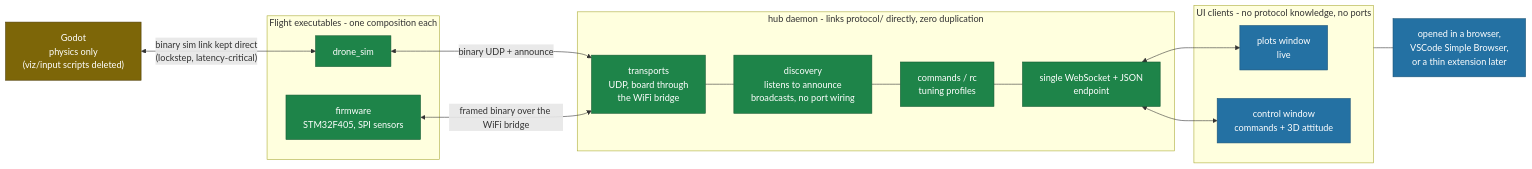
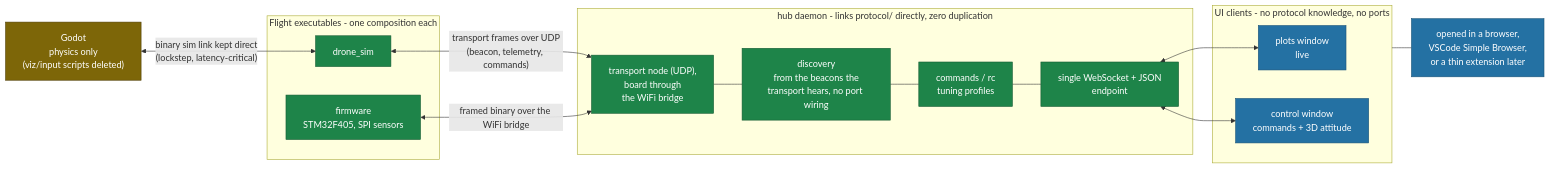
One commit to Keyrim/drone-mark4 changed the diagram in docs/tooling-architecture.md. Above: the diagram before and after it, drawn with Mermaid. The commit also changed other lines of this file and 10 other files, not shown here.

````diff
--- a/docs/tooling-architecture.md
+++ b/docs/tooling-architecture.md
@@ -24,38 +24,38 @@
 ```mermaid
 flowchart LR
     subgraph flight["Flight executables - one composition each"]
         FW["firmware<br/>STM32F405, SPI sensors"]
         DS["drone_sim"]
     end
 
     GODOT["Godot<br/>physics only<br/>(viz/input scripts deleted)"]
 
     subgraph hub["hub daemon - links protocol/ directly, zero duplication"]
-        TR["transports<br/>UDP, board through<br/>the WiFi bridge"]
-        DISC["discovery<br/>listens to announce<br/>broadcasts, no port wiring"]
+        TR["transport node (UDP),<br/>board through<br/>the WiFi bridge"]
+        DISC["discovery<br/>from the beacons the<br/>transport hears, no port wiring"]
         SVC["commands / rc<br/>tuning profiles"]
         WS["single WebSocket + JSON<br/>endpoint"]
         TR --- DISC --- SVC --- WS
     end
 
     subgraph ui["UI clients - no protocol knowledge, no ports"]
         P1["plots window<br/>live"]
         P2["control window<br/>commands + 3D attitude"]
     end
 
     BROWSER["opened in a browser,<br/>VSCode Simple Browser,<br/>or a thin extension later"]
 
     GODOT <-->|"binary sim link kept direct<br/>(lockstep, latency-critical)"| DS
-    DS <-->|"binary UDP + announce"| TR
+    DS <-->|"transport frames over UDP<br/>(beacon, telemetry, commands)"| TR
     FW <-->|"framed binary over the WiFi bridge"| TR
     WS <--> P1
     WS <--> P2
     ui --- BROWSER
 
     classDef checked fill:#1e8449,color:#fff,stroke:#145a32
     classDef thin fill:#2471a3,color:#fff,stroke:#1a5276
     classDef neutral fill:#7d6608,color:#fff,stroke:#4d3c04
     class FW,DS,TR,DISC,SVC,WS checked
     class P1,P2,BROWSER thin
     class GODOT neutral
 ```
````
